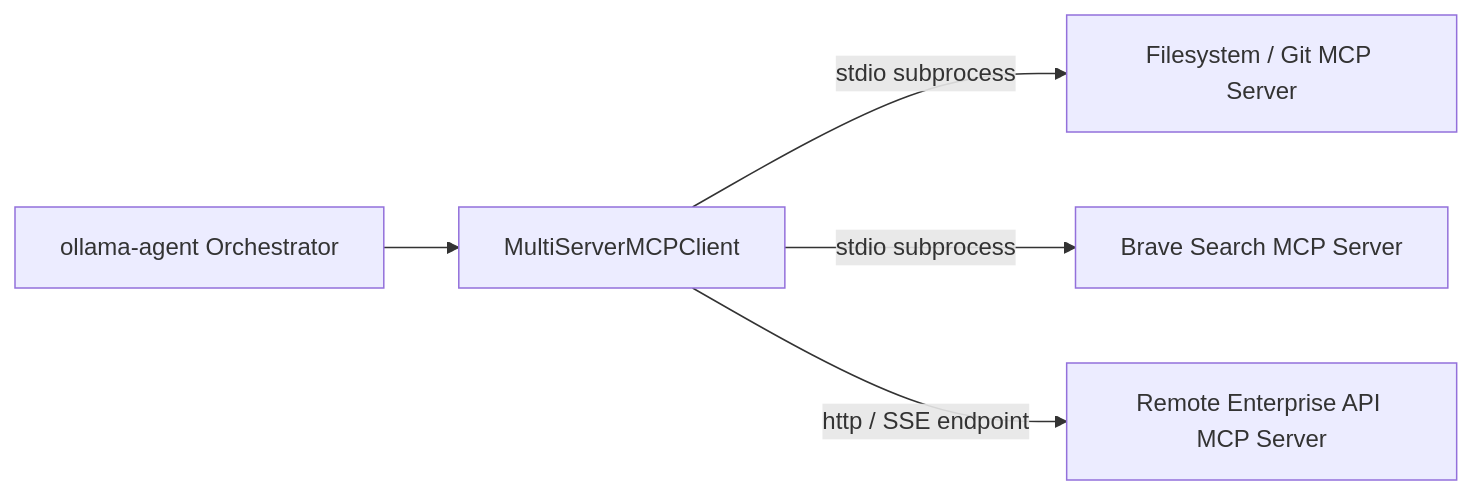
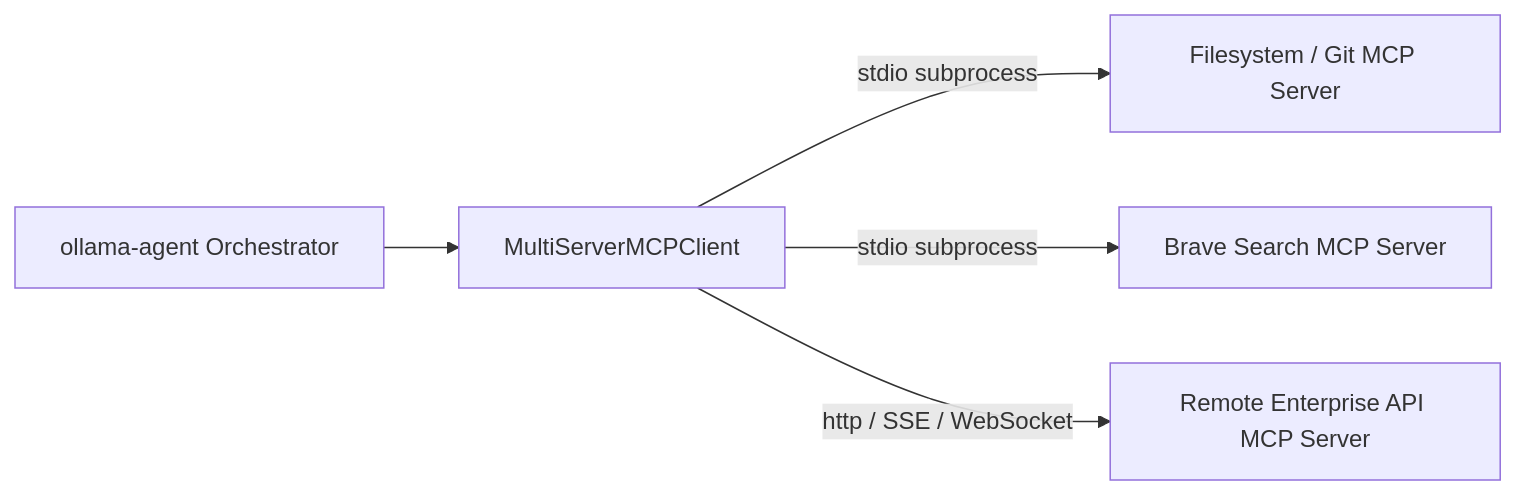
Before and after one commit to arrase/ollama-agent: the first of 2 diagrams in docs/mcp_subagents.md, drawn with Mermaid. The commit also changed other lines of this file and 8 other files, not shown here.

````diff
--- a/docs/mcp_subagents.md
+++ b/docs/mcp_subagents.md
@@ -11,7 +11,7 @@
 ```mermaid
 flowchart LR
     A["ollama-agent Orchestrator"] --> B["MultiServerMCPClient"]
     B -->|stdio subprocess| C["Filesystem / Git MCP Server"]
     B -->|stdio subprocess| D["Brave Search MCP Server"]
-    B -->|http / SSE endpoint| E["Remote Enterprise API MCP Server"]
+    B -->|http / SSE / WebSocket| E["Remote Enterprise API MCP Server"]
 ```
````
